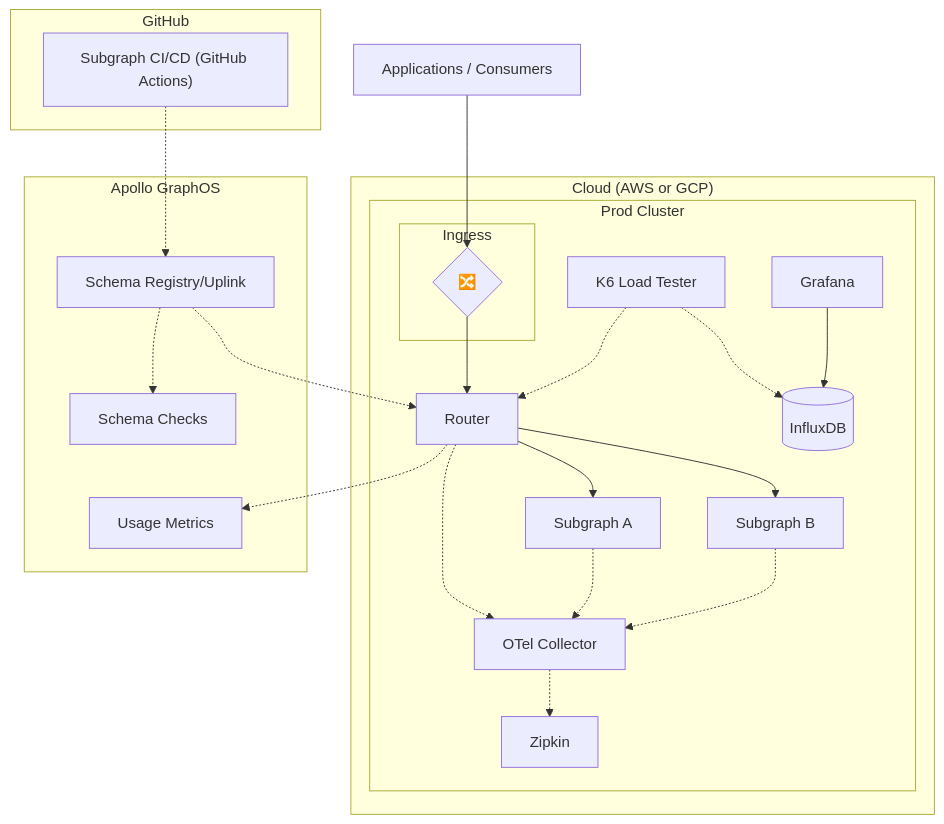
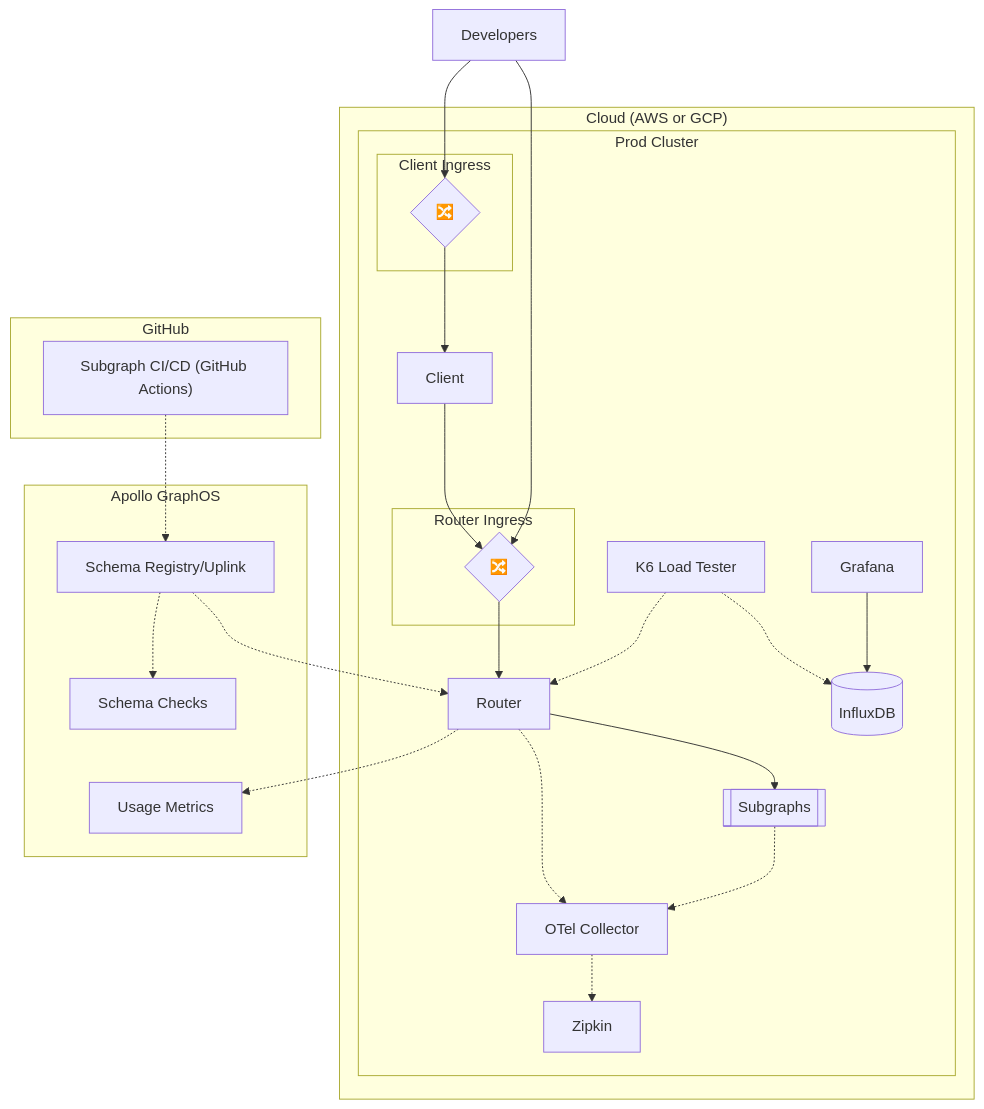
The third of 9 diagrams in src/content/graphos/enterprise/reference-architecture.mdx (apollographql/docs), drawn with Mermaid before and after one commit. The commit also changed other lines of this file, not shown here.

````diff
--- a/src/content/graphos/enterprise/reference-architecture.mdx
+++ b/src/content/graphos/enterprise/reference-architecture.mdx
@@ -124,53 +112,54 @@
 ```mermaid
 flowchart TB
-	applications[Applications / Consumers]
+  developers[Developers]
 	subgraph cloud["Cloud (AWS or GCP)"]
-		subgraph devcluster["Prod Cluster"]
-			subgraph ingresscontainer["Ingress"]
-				ingress{"🔀"}
+		subgraph prodcluster["Prod Cluster"]
+			subgraph routeringresscontainer["Router Ingress"]
+				routeringress{"🔀"}
+			end
+            subgraph clientingresscontainer["Client Ingress"]
+				clientingress{"🔀"}
 			end
 
+      client[Client]
 			router["Router"]
-			subgrapha["Subgraph A"]
-			subgraphb["Subgraph B"]
+			subgraphs[["Subgraphs"]]
 
-			collector["OTel Collector"]
+      collector["OTel Collector"]
 			zipkin[Zipkin]
 
 			k6["K6 Load Tester"]
 			grafana["Grafana"]
       influxdb[("InfluxDB")]
-
 		end
 	end
 
   subgraph graphos["Apollo GraphOS"]
     uplink["Schema Registry/Uplink"]
     checks["Schema Checks"]
     metrics["Usage Metrics"]
   end
 
   subgraph github["GitHub"]
       githubactions["Subgraph CI/CD (GitHub Actions)"]
   end
 
-	%% Relationships
-	applications --> ingress
-	ingress --> router
-	router --> subgrapha
-	router --> subgraphb
+    %% Relationships
+    clientingress --> client
+	  client --> routeringress
+    developers --> routeringress
+    developers --> clientingress
+    routeringress --> router
+    router --> subgraphs
+	  uplink -.-> router
+    router -.-> metrics
+    githubactions -.-> uplink
 
-	router -.-> collector
-	subgrapha -.-> collector
-	subgraphb -.-> collector
-	collector -.-> zipkin
-
-	k6 -.-> router
-	k6 -.-> influxdb
-  grafana --> influxdb
-
-  uplink -.-> router
-  router -.-> metrics
-  githubactions -.-> uplink
-  uplink -.-> checks
+    uplink -.-> checks
+    router -.-> collector
+    subgraphs -.-> collector
+    collector -.-> zipkin
+    k6 -.-> router
+    k6 -.-> influxdb
+    grafana --> influxdb
 ```
````
